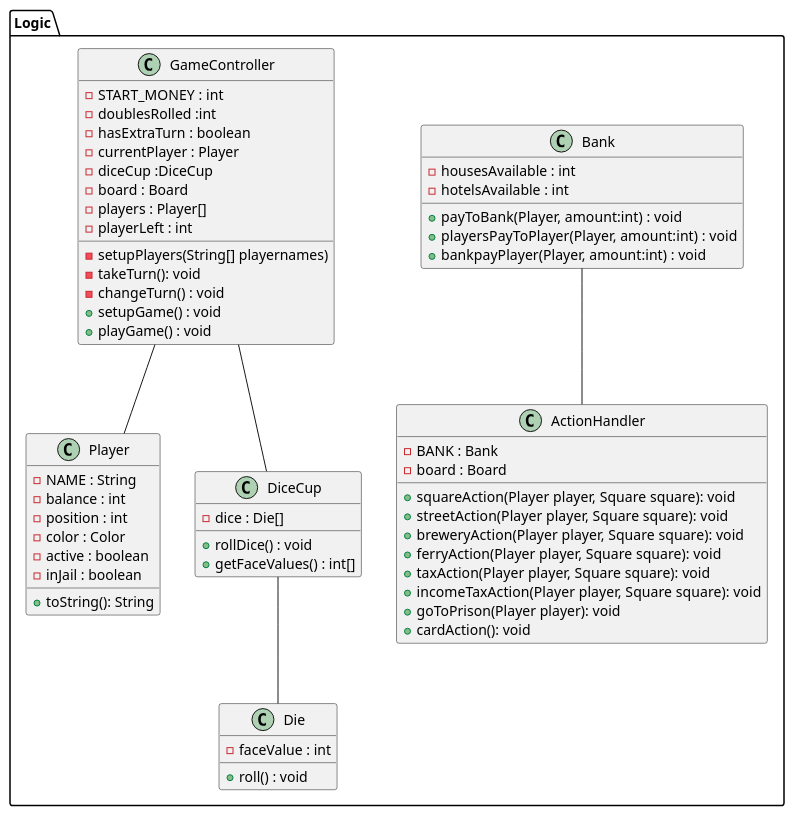
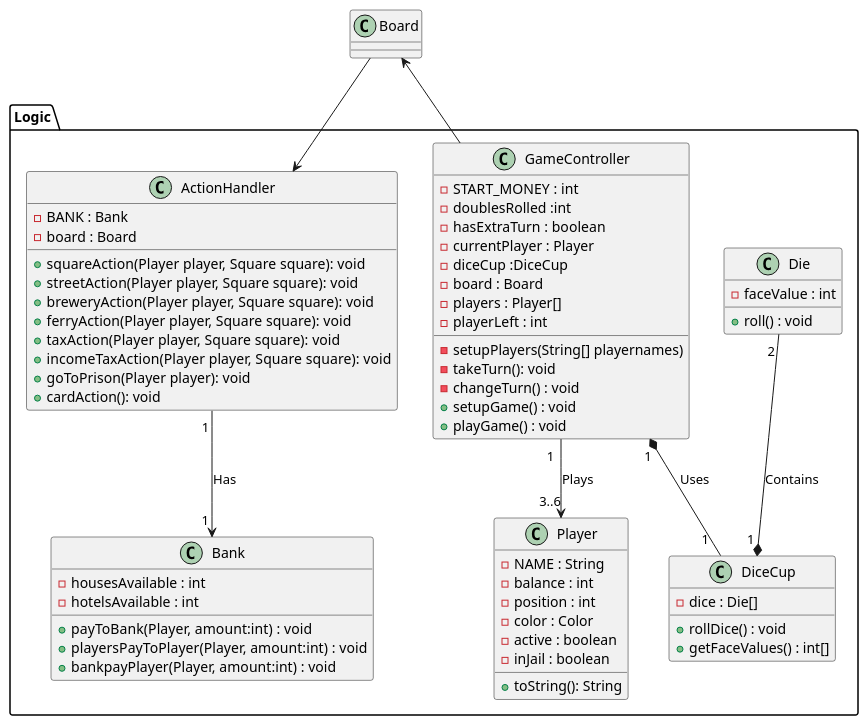
One commit to Greve2001/CDIO-final changed the diagram in diagrams/Logic_Package_Class_Diagram.puml. Above: the diagram before and after it, drawn with PlantUML.

Commit message:
Updated Logic_Package_Class_Diagram.puml to have relations and multiplicity.

```diff
--- a/diagrams/Logic_Package_Class_Diagram.puml
+++ b/diagrams/Logic_Package_Class_Diagram.puml
@@ -1,84 +1,86 @@
 @startuml
 'https://plantuml.com/class-diagram
 
 skinparam groupInheritance 2
 
 skinparam linetype polyline
 package Logic{
    class Player{
     -NAME : String
     -balance : int
     -position : int
     -color : Color
     -active : boolean
     -inJail : boolean
 
     +toString(): String
 
      }
      class Die {
          -faceValue : int
 
          +roll() : void
      }
 
      class DiceCup {
          -dice : Die[]
 
          +rollDice() : void
          +getFaceValues() : int[]
      }
      class Bank {
          -housesAvailable : int
          -hotelsAvailable : int
 
 
          +payToBank(Player, amount:int) : void
          +playersPayToPlayer(Player, amount:int) : void
          +bankpayPlayer(Player, amount:int) : void
 
      }
      class ActionHandler {
          -BANK : Bank
          -board : Board
 
          +squareAction(Player player, Square square): void
          +streetAction(Player player, Square square): void
          +breweryAction(Player player, Square square): void
          +ferryAction(Player player, Square square): void
          +taxAction(Player player, Square square): void
          +incomeTaxAction(Player player, Square square): void
          +goToPrison(Player player): void
          +cardAction(): void
 
 
      }
      class GameController {
          -START_MONEY : int
          -doublesRolled :int
          -hasExtraTurn : boolean
          -currentPlayer : Player
          -diceCup :DiceCup
          -board : Board
          -players : Player[]
          -playerLeft : int
 
          -setupPlayers(String[] playernames)
          -takeTurn(): void
          -changeTurn() : void
          +setupGame() : void
          +playGame() : void
 
 
      }
 }
 
 
-Bank -- ActionHandler
-GameController -- DiceCup
-DiceCup -- Die
-GameController -d- Player
+ActionHandler  "1 " --> "1 " Bank: Has \t
+GameController "1 " *-- "1  " DiceCup: Uses
+DiceCup "1 " *-u- "2 " Die: Contains \t
+GameController "1  " -d-> "3..6" Player: Plays
+Board --> ActionHandler
+GameController --> Board
 
 
 
 @enduml
```
